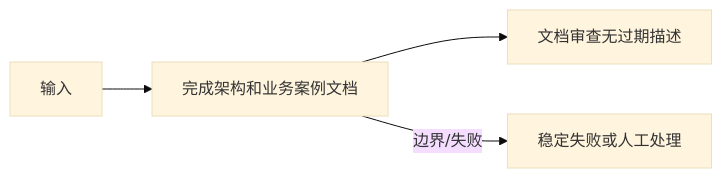
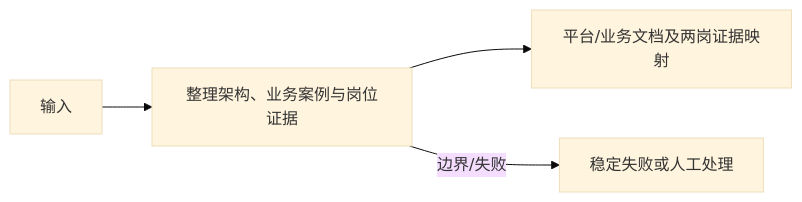
One commit to ychp-ai/ai-class changed the diagram in learning-plan/tutorials/week-32.md. Above: the diagram before and after it, drawn with Mermaid (base theme). The commit also changed other lines of this file and 36 other files, not shown here.

````diff
--- a/learning-plan/tutorials/week-32.md
+++ b/learning-plan/tutorials/week-32.md
@@ -346,6 +346,6 @@
 ```mermaid
 graph LR
-    Input[输入] --> Task["完成架构和业务案例文档"]
-    Task --> Output["文档审查无过期描述"]
+    Input[输入] --> Task["整理架构、业务案例与岗位证据"]
+    Task --> Output["平台/业务文档及两岗证据映射"]
     Task -->|边界/失败| Failure[稳定失败或人工处理]
 ```
````
